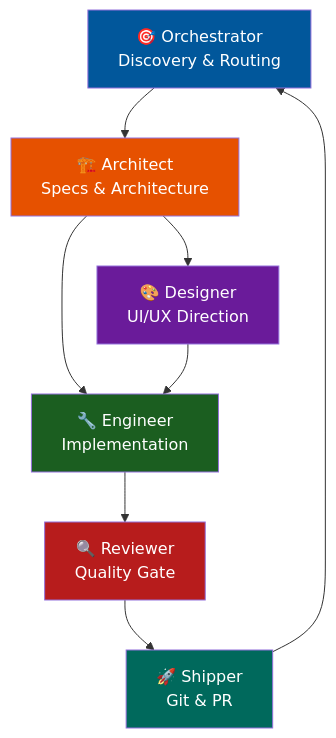
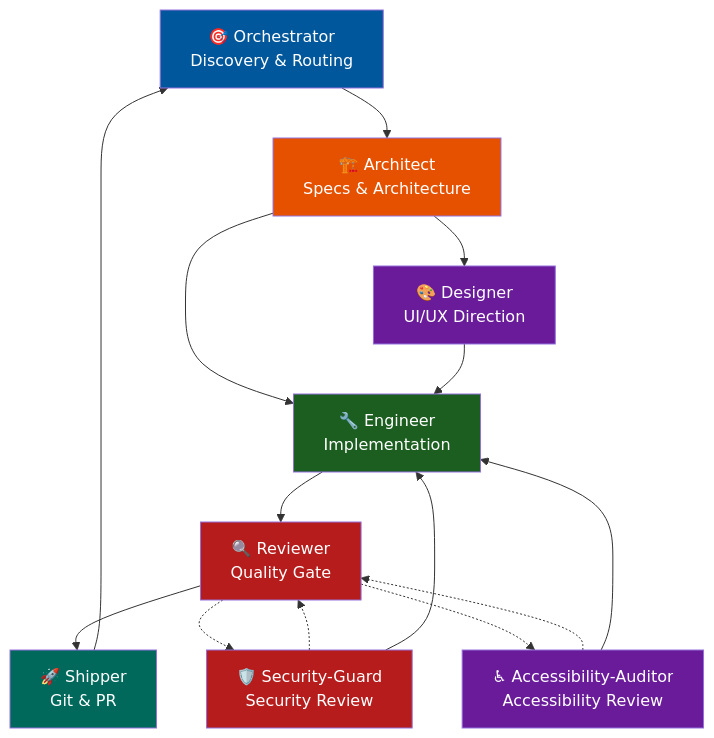
One commit to leorsousa05/CrewLoop changed the diagram in references/workflow.md. Above: the diagram before and after it, drawn with Mermaid. The commit also changed other lines of this file and 27 other files, not shown here.

````diff
--- a/references/workflow.md
+++ b/references/workflow.md
@@ -22,17 +24,26 @@
 ```mermaid
 flowchart TD
     O["🎯 Orchestrator<br>Discovery & Routing"] --> A["🏗️ Architect<br>Specs & Architecture"]
     A --> D["🎨 Designer<br>UI/UX Direction"]
     A --> E["🔧 Engineer<br>Implementation"]
     D --> E
     E --> R["🔍 Reviewer<br>Quality Gate"]
     R --> S["🚀 Shipper<br>Git & PR"]
     S --> O
 
+    SG["🛡️ Security-Guard<br>Security Review"] -.-> R
+    AA["♿ Accessibility-Auditor<br>Accessibility Review"] -.-> R
+    R -.-> SG
+    R -.-> AA
+    SG --> E
+    AA --> E
+
     style O fill:#01579b,color:#fff
     style A fill:#e65100,color:#fff
     style D fill:#6a1b9a,color:#fff
     style E fill:#1b5e20,color:#fff
     style R fill:#b71c1c,color:#fff
     style S fill:#00695c,color:#fff
+    style SG fill:#b71c1c,color:#fff
+    style AA fill:#6a1b9a,color:#fff
 ```
````
